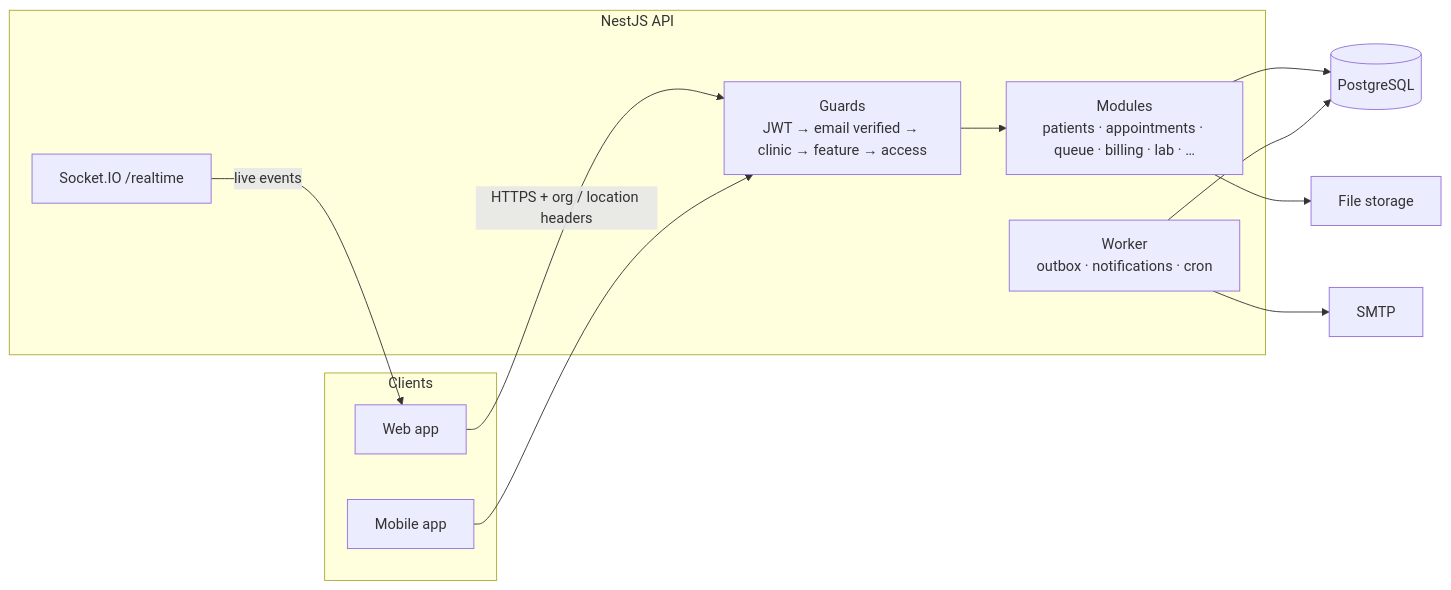
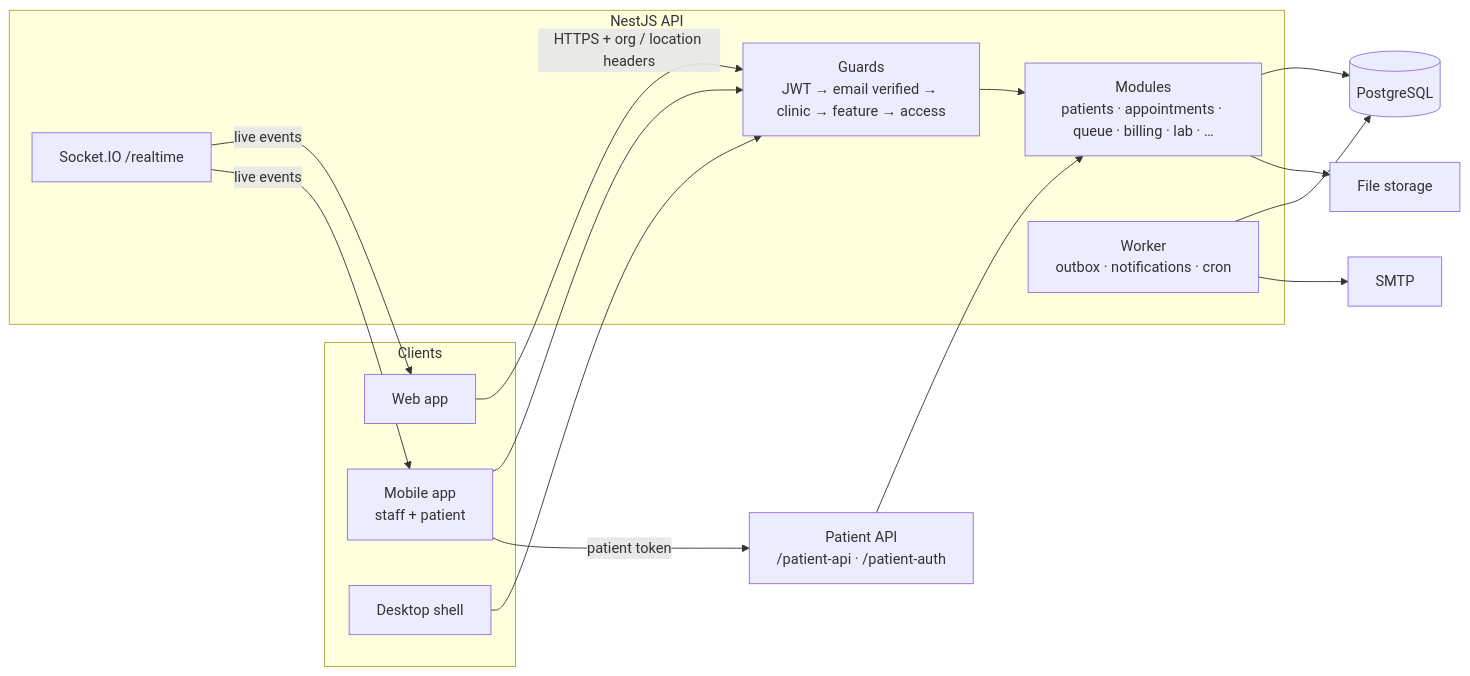
The first of 2 diagrams in README.md (moinuddin2004/cms), drawn with Mermaid before and after one commit. The commit also changed other lines of this file and 48 other files, not shown here.

````diff
--- a/README.md
+++ b/README.md
@@ -203,27 +229,32 @@
 ```mermaid
 flowchart LR
     subgraph Clients
         WEB["Web app"]
-        MOB["Mobile app"]
+        MOB["Mobile app<br/>staff + patient"]
+        DESK["Desktop shell"]
     end
 
     subgraph API["NestJS API"]
         GUARDS["Guards<br/>JWT → email verified → clinic → feature → access"]
         MODS["Modules<br/>patients · appointments · queue · billing · lab · …"]
         GW["Socket.IO /realtime"]
         WORK["Worker<br/>outbox · notifications · cron"]
     end
 
     DB[("PostgreSQL")]
     FILES["File storage"]
     SMTP["SMTP"]
 
     WEB -- "HTTPS + org / location headers" --> GUARDS
+    DESK --> GUARDS
     MOB --> GUARDS
+    MOB -- "patient token" --> PATIENT["Patient API<br/>/patient-api · /patient-auth"]
+    PATIENT --> MODS
     GUARDS --> MODS
     MODS --> DB
     MODS --> FILES
     WORK --> DB
     WORK --> SMTP
     GW -- "live events" --> WEB
+    GW -- "live events" --> MOB
 ```
````
